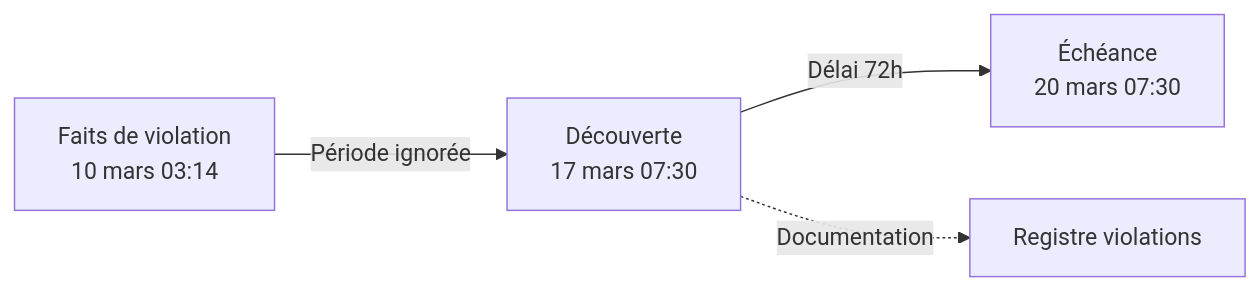
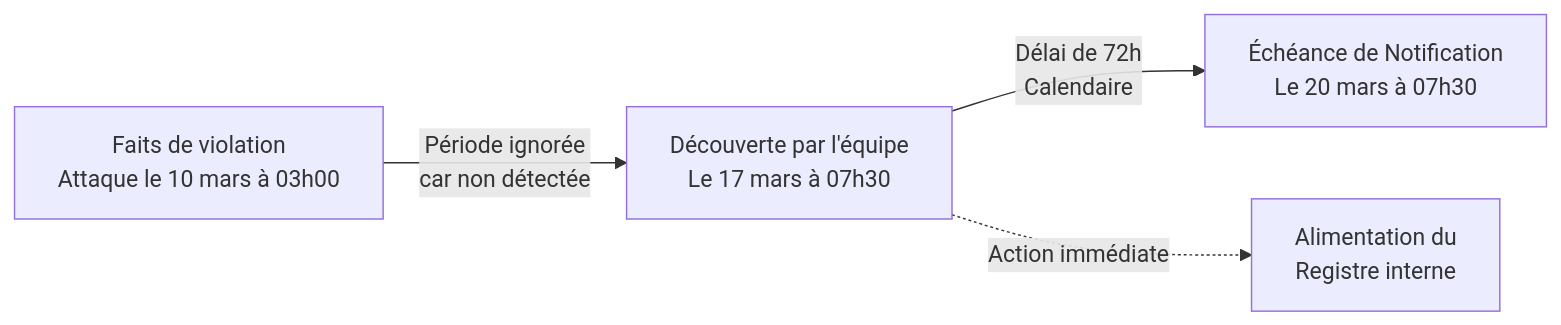
Before and after one commit to zyrass/omnydocs: the fifth of 7 diagrams in docs/cursus-forensic/01-cycle-0-fondations/module-1-legislation/08-rgpd-articles-32-33-34.md, drawn with Mermaid. The commit also changed other lines of this file and 171 other files, not shown here.

````diff
--- a/docs/cursus-forensic/01-cycle-0-fondations/module-1-legislation/08-rgpd-articles-32-33-34.md
+++ b/docs/cursus-forensic/01-cycle-0-fondations/module-1-legislation/08-rgpd-articles-32-33-34.md
@@ -281,6 +234,6 @@
 ```mermaid
 flowchart LR
-    A[Faits de violation<br>10 mars 03:14] -->|Période ignorée| B[Découverte<br>17 mars 07:30]
-    B -->|Délai 72h| C[Échéance<br>20 mars 07:30]
-    B -.->|Documentation| D[Registre violations]
+    A["Faits de violation<br>Attaque le 10 mars à 03h00"] -->|"Période ignorée<br>car non détectée"| B["Découverte par l'équipe<br>Le 17 mars à 07h30"]
+    B -->|"Délai de 72h<br>Calendaire"| C["Échéance de Notification<br>Le 20 mars à 07h30"]
+    B -.->|"Action immédiate"| D["Alimentation du<br>Registre interne"]
 ```
````
